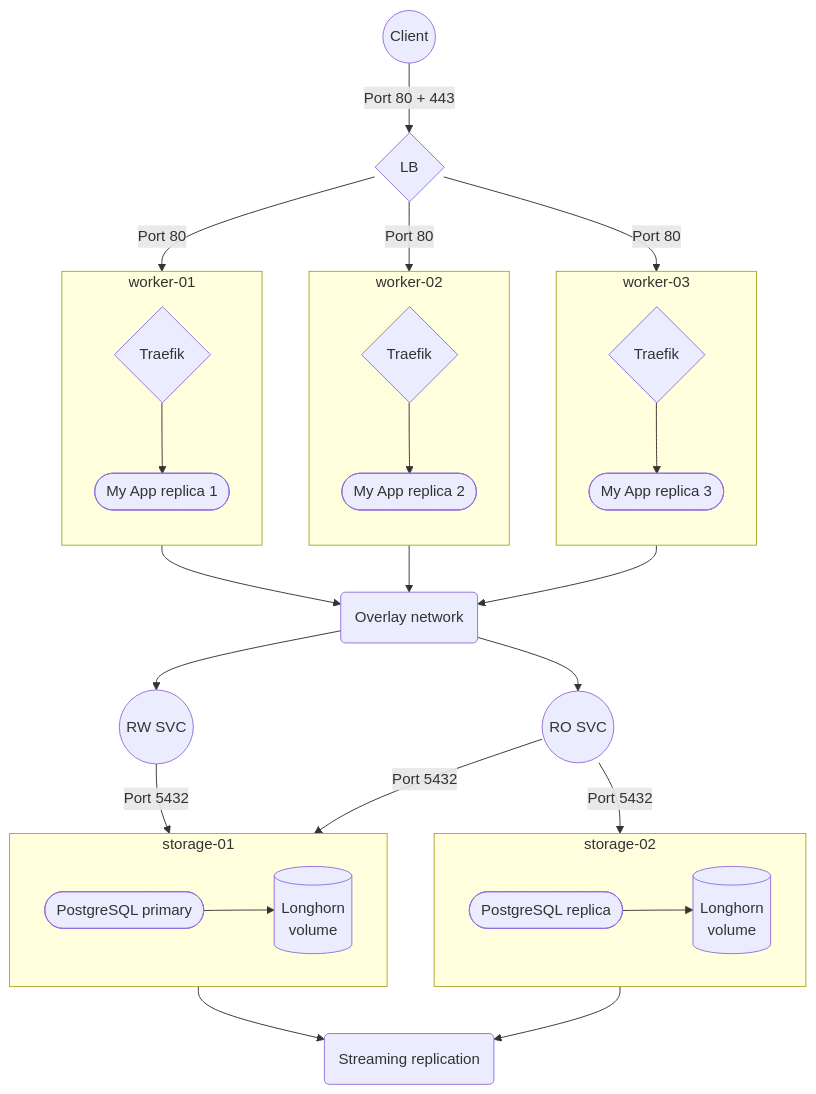
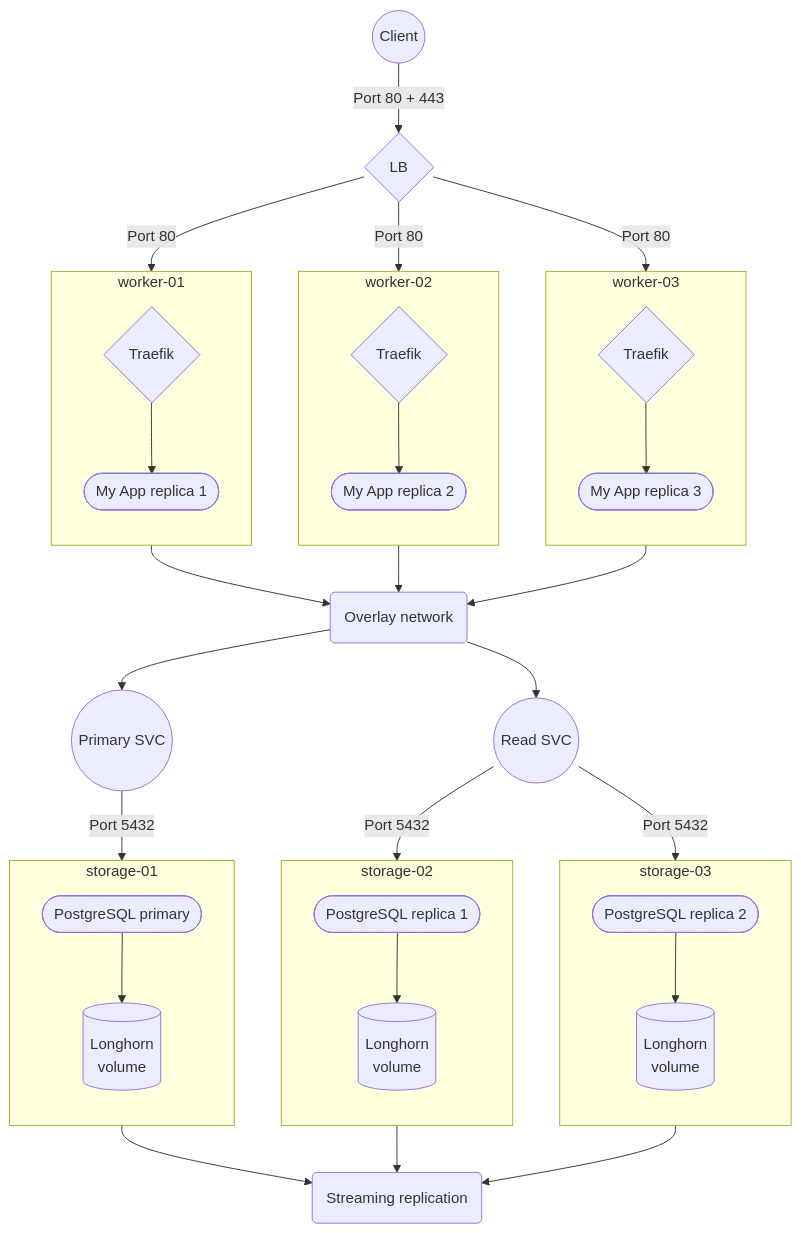
Before and after one commit to adr1enbe4udou1n/blog: the diagram in content/posts/10-a-beautiful-gitops-day/index.md, drawn with Mermaid. The commit also changed other lines of this file and 1 other file, not shown here.

```diff
--- a/content/posts/10-a-beautiful-gitops-day/index.md
+++ b/content/posts/10-a-beautiful-gitops-day/index.md
@@ -63,51 +62,60 @@
 {{< mermaid >}}
 flowchart TB
 client((Client))
 client -- Port 80 + 443 --> lb{LB}
 lb{LB}
 lb -- Port 80 --> worker-01
 lb -- Port 80 --> worker-02
 lb -- Port 80 --> worker-03
 subgraph worker-01
   direction TB
   traefik-01{Traefik}
   app-01([My App replica 1])
   traefik-01 --> app-01
 end
 subgraph worker-02
   direction TB
   traefik-02{Traefik}
   app-02([My App replica 2])
   traefik-02 --> app-02
 end
 subgraph worker-03
   direction TB
   traefik-03{Traefik}
   app-03([My App replica 3])
   traefik-03 --> app-03
 end
 overlay(Overlay network)
 worker-01 --> overlay
 worker-02 --> overlay
 worker-03 --> overlay
-overlay --> db-rw
-overlay --> db-ro
-db-rw((RW SVC))
-db-rw -- Port 5432 --> storage-01
-db-ro((RO SVC))
-db-ro -- Port 5432 --> storage-01
-db-ro -- Port 5432 --> storage-02
+overlay --> db-primary
+overlay --> db-read
+db-primary((Primary SVC))
+db-primary -- Port 5432 --> storage-01
+db-read((Read SVC))
+db-read -- Port 5432 --> storage-02
+db-read -- Port 5432 --> storage-03
 subgraph storage-01
+  direction TB
   pg-primary([PostgreSQL primary])
   longhorn-01[(Longhorn<br>volume)]
   pg-primary --> longhorn-01
 end
 subgraph storage-02
-  pg-replica([PostgreSQL replica])
+  direction TB
+  pg-replica-01([PostgreSQL replica 1])
   longhorn-02[(Longhorn<br>volume)]
-  pg-replica --> longhorn-02
+  pg-replica-01 --> longhorn-02
+end
+subgraph storage-03
+  direction TB
+  pg-replica-02([PostgreSQL replica 2])
+  longhorn-03[(Longhorn<br>volume)]
+  pg-replica-02 --> longhorn-03
 end
 db-streaming(Streaming replication)
 storage-01 --> db-streaming
 storage-02 --> db-streaming
+storage-03 --> db-streaming
 {{</ mermaid >}}
```
